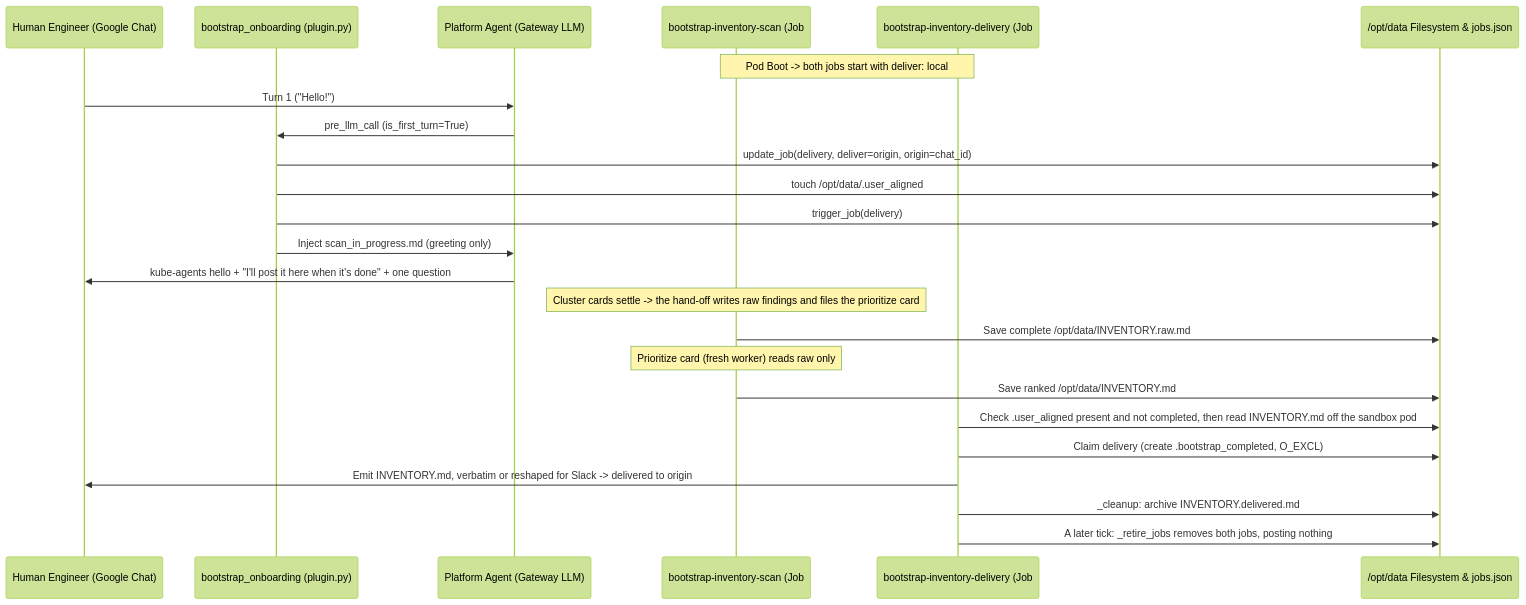
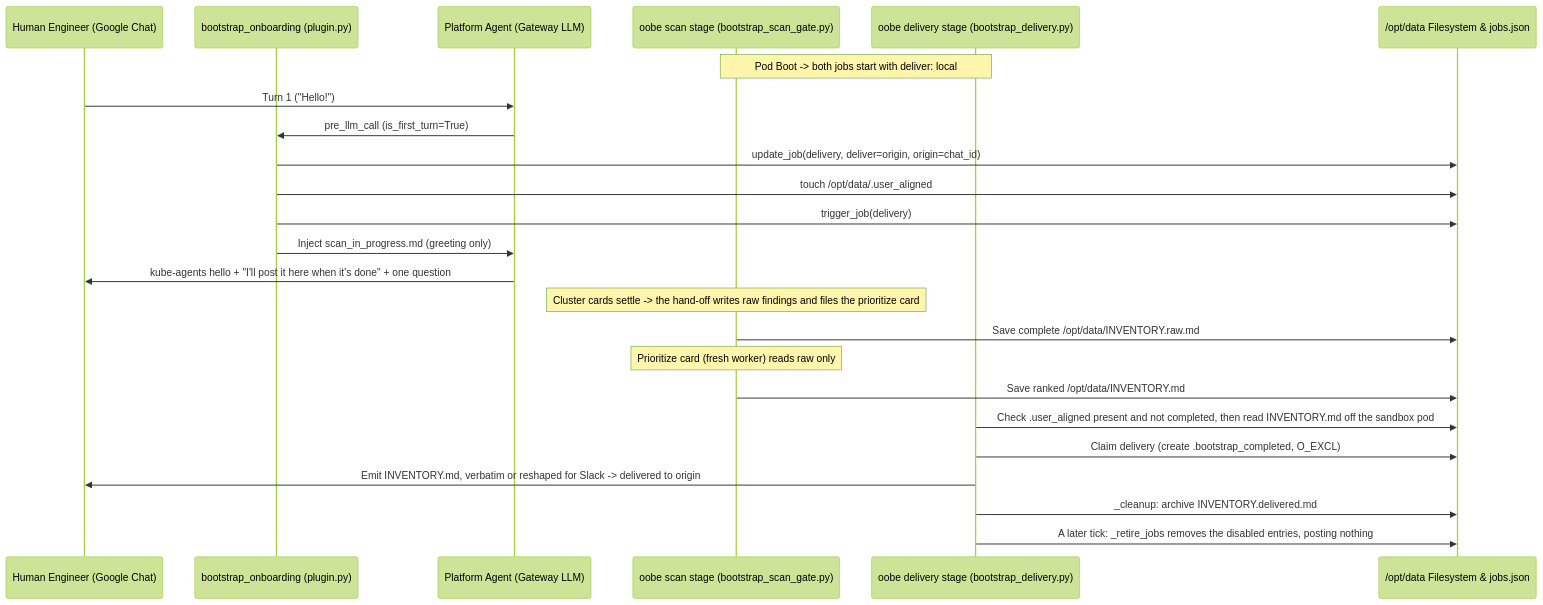
The second of 3 diagrams in agents/chat/defaults/plugins/bootstrap_onboarding/README.md (gke-labs/kube-agents), drawn with Mermaid (forest theme) before and after one commit. The commit also changed other lines of this file and 4 other files, not shown here.

First line of the commit message:
docs(onboarding): describe the scan and delivery as stages of the oobe job

````diff
--- a/agents/chat/defaults/plugins/bootstrap_onboarding/README.md
+++ b/agents/chat/defaults/plugins/bootstrap_onboarding/README.md
@@ -123,27 +131,27 @@
 ```mermaid
 sequenceDiagram
     participant User as Human Engineer (Google Chat)
     participant Hook as bootstrap_onboarding (plugin.py)
     participant Agent as Platform Agent (Gateway LLM)
-    participant Scan as bootstrap-inventory-scan (Job #1, LLM)
-    participant Deliver as bootstrap-inventory-delivery (Job #2, no_agent script)
+    participant Scan as oobe scan stage (bootstrap_scan_gate.py)
+    participant Deliver as oobe delivery stage (bootstrap_delivery.py)
     participant Disk as /opt/data Filesystem & jobs.json
 
     Note over Scan,Deliver: Pod Boot -> both jobs start with deliver: local
     User->>Agent: Turn 1 ("Hello!")
     Agent->>Hook: pre_llm_call (is_first_turn=True)
     Hook->>Disk: update_job(delivery, deliver=origin, origin=chat_id)
     Hook->>Disk: touch /opt/data/.user_aligned
     Hook->>Disk: trigger_job(delivery)
     Hook->>Agent: Inject scan_in_progress.md (greeting only)
     Agent->>User: kube-agents hello + "I'll post it here when it's done" + one question
     Note over Scan: Cluster cards settle -> the hand-off writes raw findings and files the prioritize card
     Scan->>Disk: Save complete /opt/data/INVENTORY.raw.md
     Note over Scan: Prioritize card (fresh worker) reads raw only
     Scan->>Disk: Save ranked /opt/data/INVENTORY.md
     Deliver->>Disk: Check .user_aligned present and not completed, then read INVENTORY.md off the sandbox pod
     Deliver->>Disk: Claim delivery (create .bootstrap_completed, O_EXCL)
     Deliver->>User: Emit INVENTORY.md, verbatim or reshaped for Slack -> delivered to origin
     Deliver->>Disk: _cleanup: archive INVENTORY.delivered.md
-    Deliver->>Disk: A later tick: _retire_jobs removes both jobs, posting nothing
+    Deliver->>Disk: A later tick: _retire_jobs removes the disabled entries, posting nothing
 ```
````
